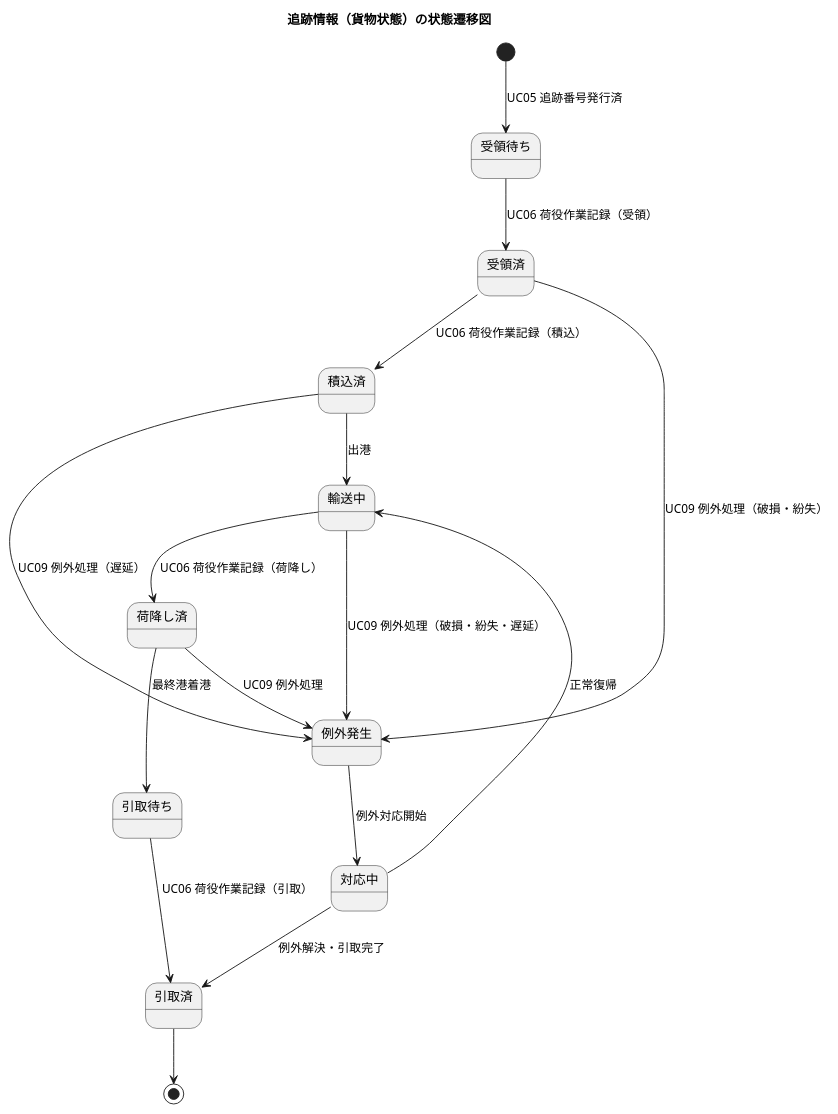
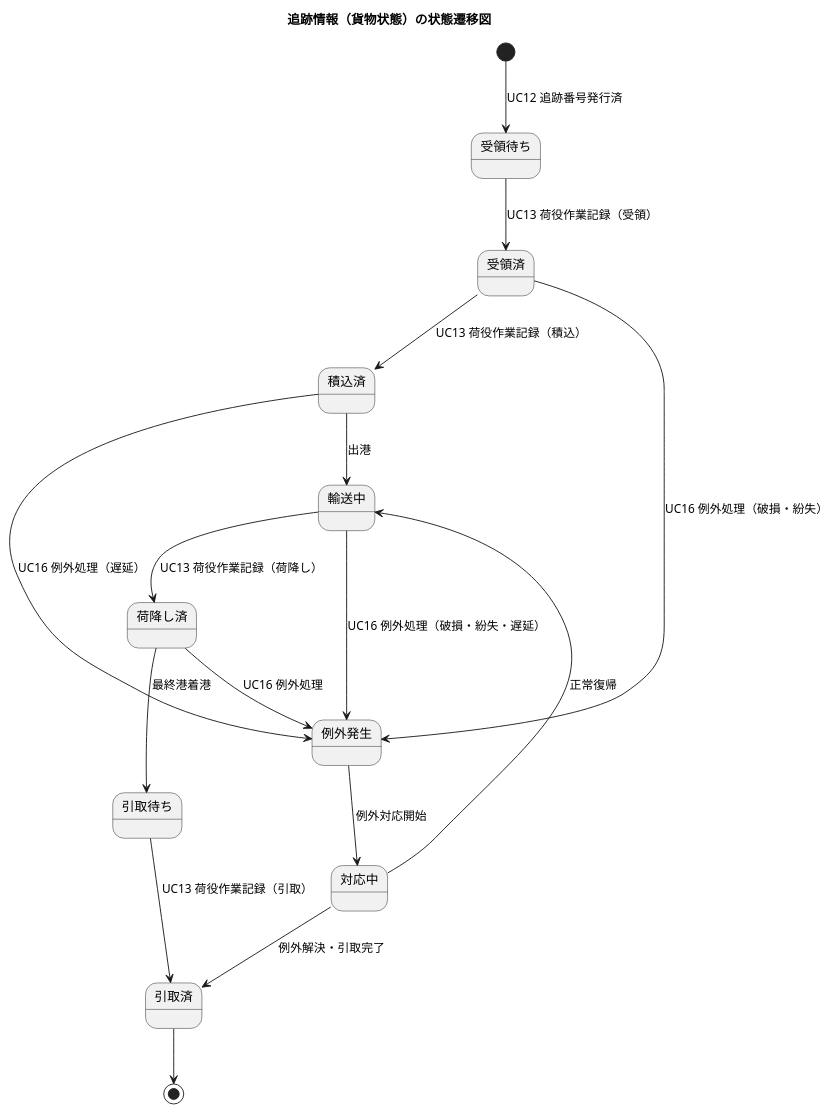
Diagram 21 of 21 in docs/requirements/requirements_definition.md (k2works/case-study-cargo-tracker), drawn with PlantUML before and after one commit. The commit also changed other lines of this file and 2 other files, not shown here.

````diff
--- a/docs/requirements/requirements_definition.md
+++ b/docs/requirements/requirements_definition.md
@@ -1099,26 +1101,26 @@
 ```plantuml
 @startuml
 
 title 追跡情報（貨物状態）の状態遷移図
 
-[*] --> 受領待ち : UC05 追跡番号発行済
+[*] --> 受領待ち : UC12 追跡番号発行済
 
-受領待ち --> 受領済 : UC06 荷役作業記録（受領）
-受領済 --> 積込済 : UC06 荷役作業記録（積込）
+受領待ち --> 受領済 : UC13 荷役作業記録（受領）
+受領済 --> 積込済 : UC13 荷役作業記録（積込）
 積込済 --> 輸送中 : 出港
-輸送中 --> 荷降し済 : UC06 荷役作業記録（荷降し）
+輸送中 --> 荷降し済 : UC13 荷役作業記録（荷降し）
 荷降し済 --> 引取待ち : 最終港着港
-引取待ち --> 引取済 : UC06 荷役作業記録（引取）
+引取待ち --> 引取済 : UC13 荷役作業記録（引取）
 引取済 --> [*]
 
-受領済 --> 例外発生 : UC09 例外処理（破損・紛失）
-積込済 --> 例外発生 : UC09 例外処理（遅延）
-輸送中 --> 例外発生 : UC09 例外処理（破損・紛失・遅延）
-荷降し済 --> 例外発生 : UC09 例外処理
+受領済 --> 例外発生 : UC16 例外処理（破損・紛失）
+積込済 --> 例外発生 : UC16 例外処理（遅延）
+輸送中 --> 例外発生 : UC16 例外処理（破損・紛失・遅延）
+荷降し済 --> 例外発生 : UC16 例外処理
 
 例外発生 --> 対応中 : 例外対応開始
 対応中 --> 輸送中 : 正常復帰
 対応中 --> 引取済 : 例外解決・引取完了
 
 @enduml
 ```
````
